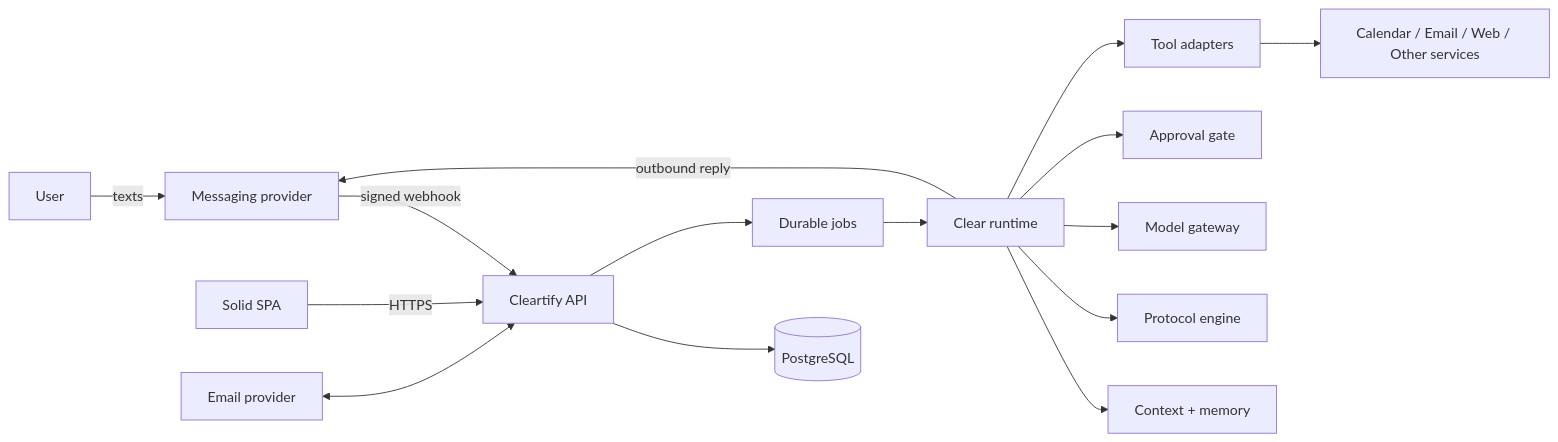
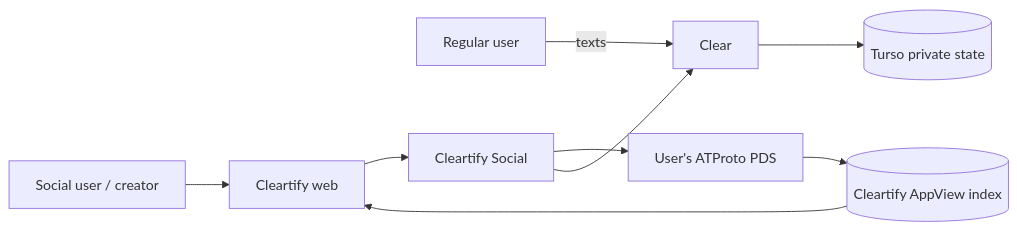
The first of 4 diagrams in docs/architecture.md (chrisbirster/cleartify), drawn with Mermaid before and after one commit. The commit also changed other lines of this file, not shown here.

Commit message:
docs: update architecture for Turso and optional ATProto

````diff
--- a/docs/architecture.md
+++ b/docs/architecture.md
@@ -23,20 +31,13 @@
 ```mermaid
 flowchart LR
-    U[User] -->|texts| MP[Messaging provider]
-    MP -->|signed webhook| API[Cleartify API]
-    WEB[Solid SPA] -->|HTTPS| API
-    EMAIL[Email provider] <--> API
+    USER[Regular user] -->|texts| CLEAR[Clear]
+    CLEAR --> PRIVATE[(Turso private state)]
 
-    API --> DB[(PostgreSQL)]
-    API --> Q[Durable jobs]
-    Q --> CLR[Clear runtime]
+    CREATOR[Social user / creator] --> WEB[Cleartify web]
+    WEB --> SOCIAL[Cleartify Social]
+    SOCIAL --> PDS[User's ATProto PDS]
+    PDS --> INDEX[(Cleartify AppView index)]
 
-    CLR --> CTX[Context + memory]
-    CLR --> PE[Protocol engine]
-    CLR --> MG[Model gateway]
-    CLR --> AG[Approval gate]
-    CLR --> TOOLS[Tool adapters]
-
-    TOOLS --> EXT[Calendar / Email / Web / Other services]
-    CLR -->|outbound reply| MP
+    SOCIAL --> CLEAR
+    INDEX --> WEB
 ```
````
